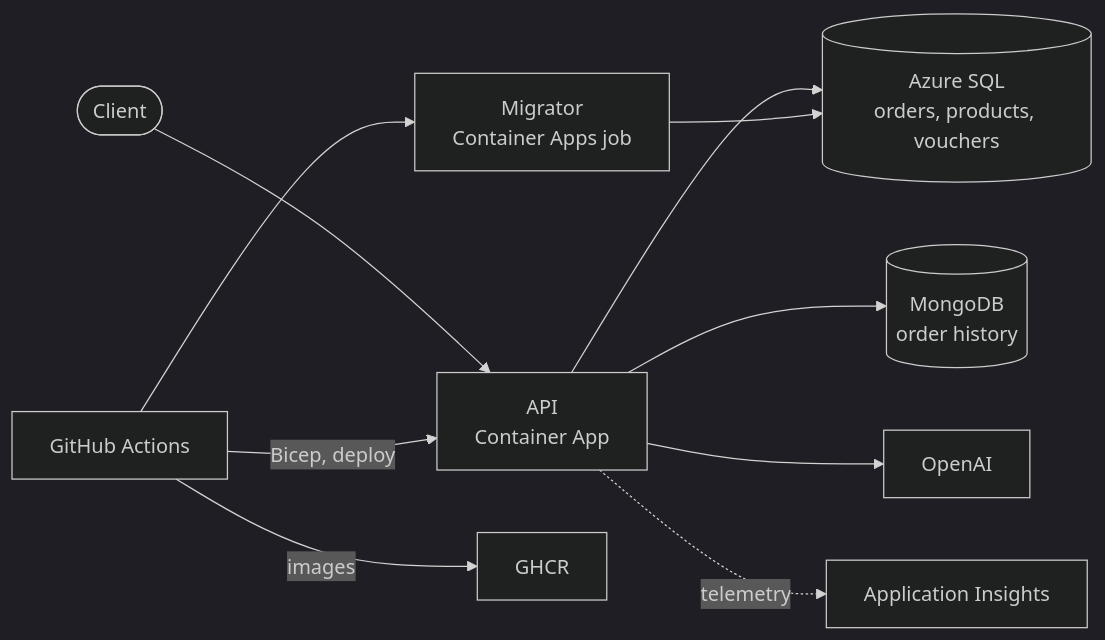
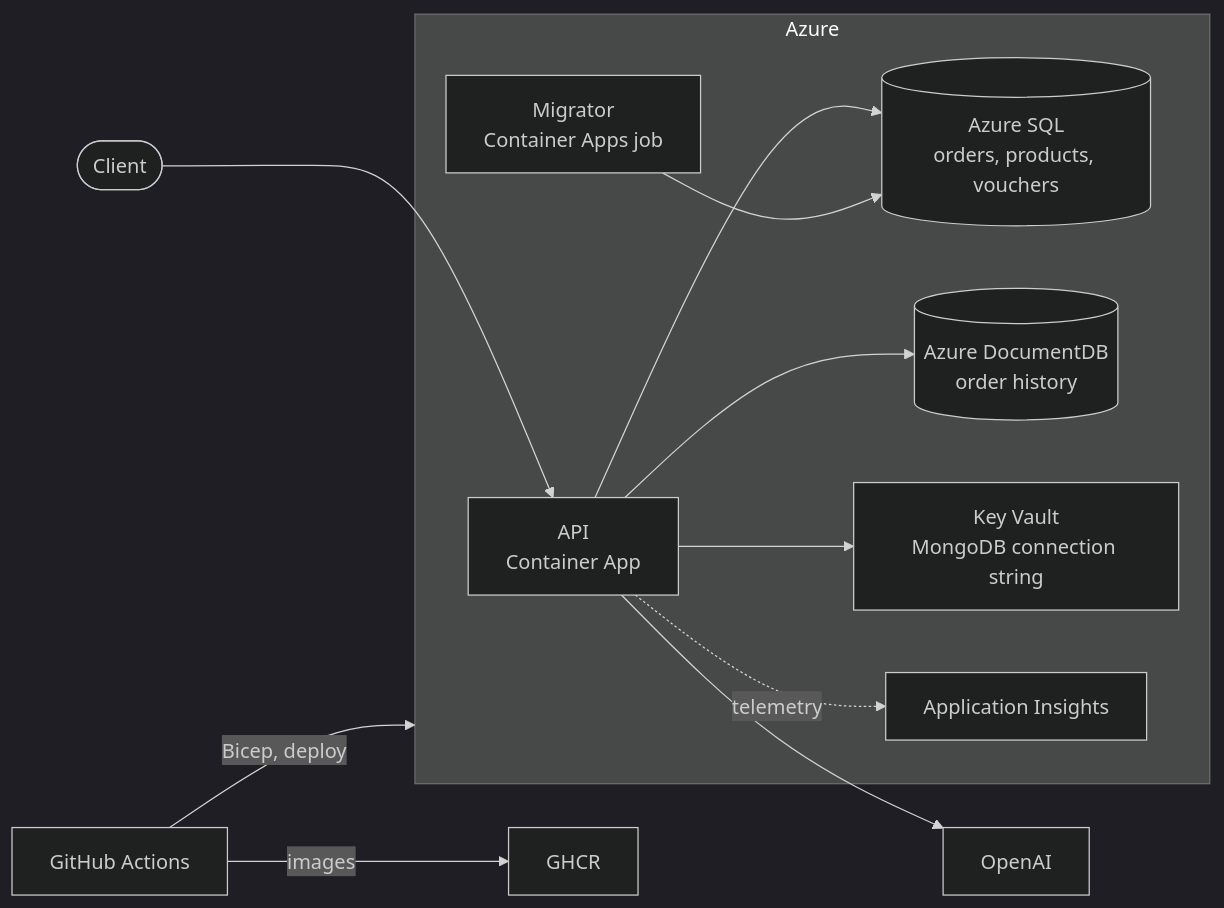
One commit to mgiuseppe/ProductApi_DotNet10 changed the diagram in README.md. Above: the diagram before and after it, drawn with Mermaid (dark theme). The commit also changed other lines of this file, not shown here.

Commit message:
Highlight observability and Azure in the README intro (#46)

````diff
--- a/README.md
+++ b/README.md
@@ -14,12 +17,20 @@
 ```mermaid
 flowchart LR
-    client([Client]) --> api[API<br/>Container App]
-    api --> sql[(Azure SQL<br/>orders, products, vouchers)]
-    api --> mongo[(MongoDB<br/>order history)]
+    client([Client]) --> api
+    subgraph azure [Azure]
+        api[API<br/>Container App]
+        migrator[Migrator<br/>Container Apps job]
+        sql[(Azure SQL<br/>orders, products, vouchers)]
+        mongo[(Azure DocumentDB<br/>order history)]
+        kv[Key Vault<br/>MongoDB connection string]
+        appi[Application Insights]
+    end
+    api --> sql
+    api --> mongo
+    api --> kv
+    api -.telemetry.-> appi
+    migrator --> sql
     api --> llm[OpenAI]
-    api -.telemetry.-> appi[Application Insights]
-    migrator[Migrator<br/>Container Apps job] --> sql
     gh[GitHub Actions] -->|images| ghcr[GHCR]
-    gh -->|Bicep, deploy| api
-    gh --> migrator
+    gh -->|Bicep, deploy| azure
 ```
````
